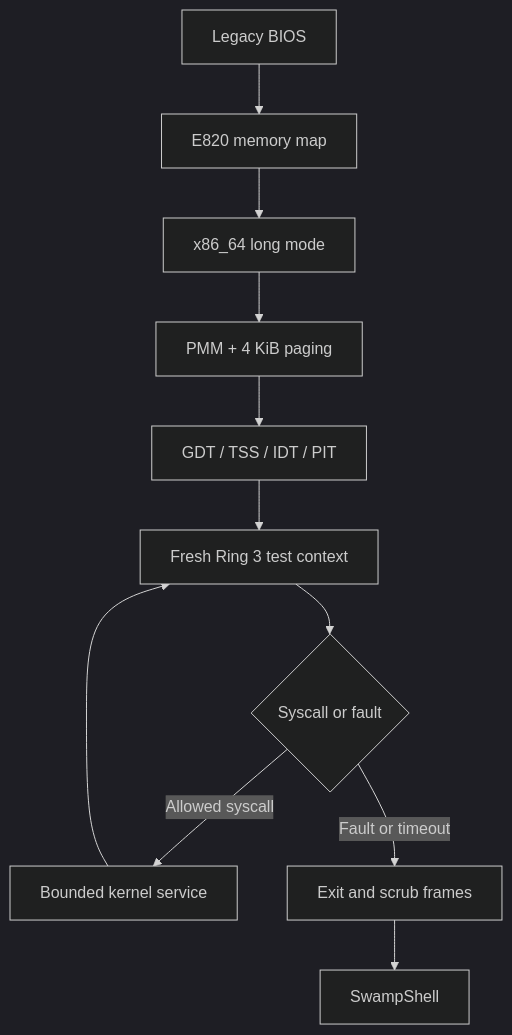
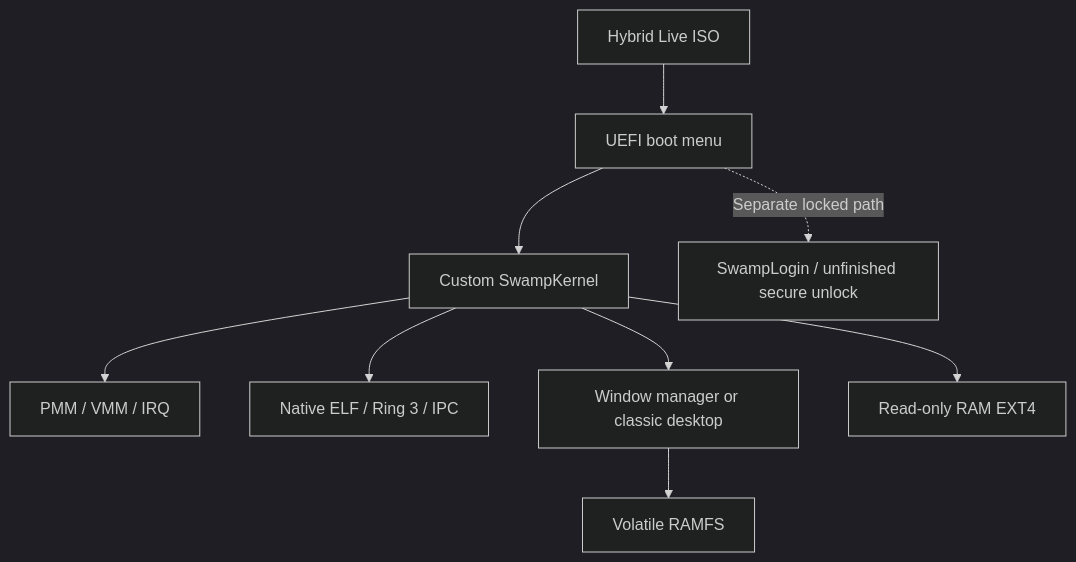
One commit to norkxxx/SwampOS changed the diagram in README.md. Above: the diagram before and after it, drawn with Mermaid (dark theme). The commit also changed other lines of this file and 472 other files, not shown here.

````diff
--- a/README.md
+++ b/README.md
@@ -63,13 +242,11 @@
 ```mermaid
 flowchart TD
-  B[Legacy BIOS] --> E[E820 memory map]
-  E --> L[x86_64 long mode]
-  L --> M[PMM + 4 KiB paging]
-  M --> T[GDT / TSS / IDT / PIT]
-  T --> U[Fresh Ring 3 test context]
-  U --> P{Syscall or fault}
-  P -->|Allowed syscall| S[Bounded kernel service]
-  P -->|Fault or timeout| R[Exit and scrub frames]
-  S --> U
-  R --> H[SwampShell]
+  USB[Hybrid Live ISO] --> EFI[UEFI boot menu]
+  EFI --> K[Custom SwampKernel]
+  K --> M[PMM / VMM / IRQ]
+  K --> U[Native ELF / Ring 3 / IPC]
+  K --> D[Window manager or classic desktop]
+  K --> E[Read-only RAM EXT4]
+  D --> R[Volatile RAMFS]
+  EFI -. Separate locked path .-> L[SwampLogin / unfinished secure unlock]
 ```
````
